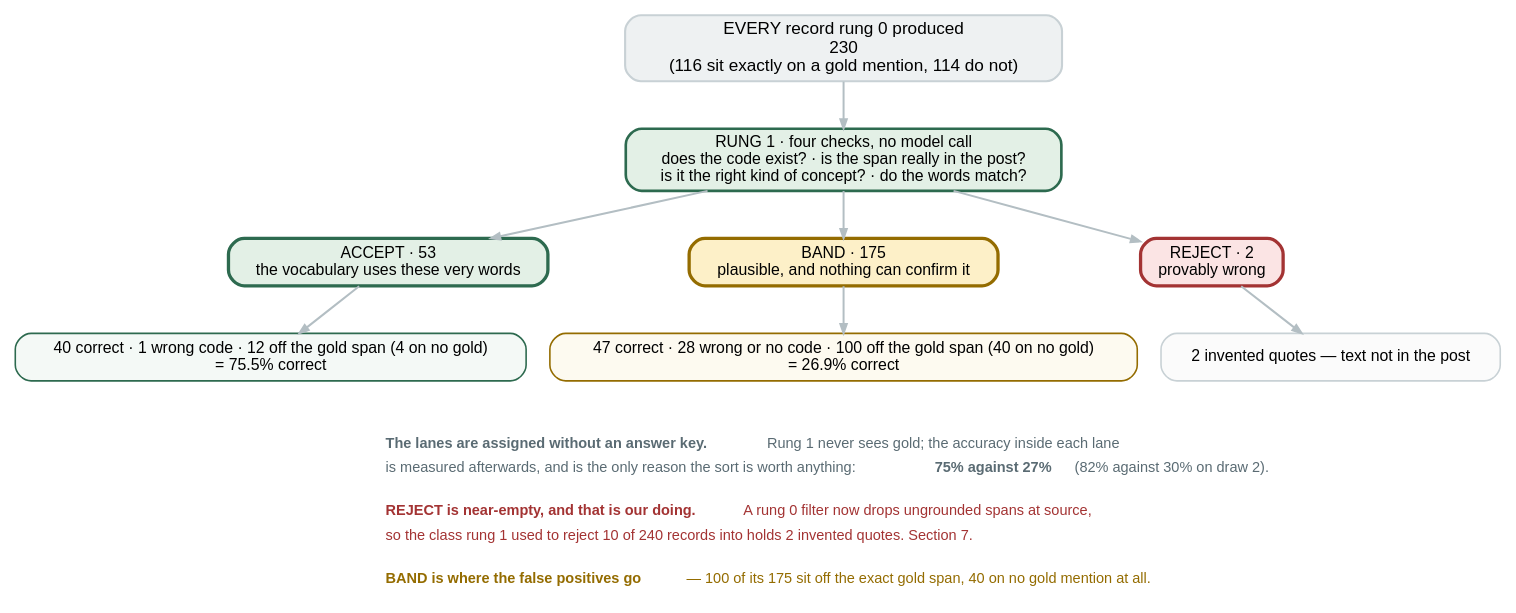
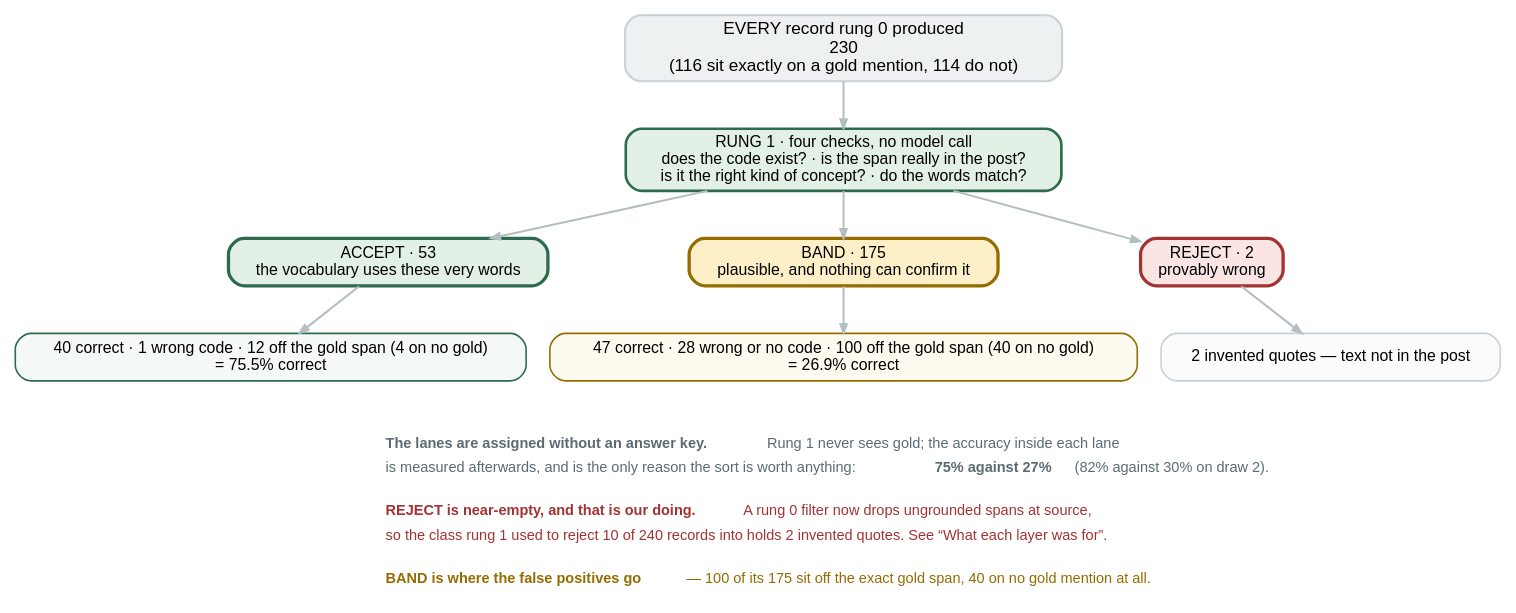
Before and after one commit to wbagais/reliability-ladder: the diagram in docs/figures/fig10-rung1.dot, drawn with Graphviz. The commit also changed 21 other files, not shown here.

```diff
--- a/docs/figures/fig10-rung1.dot
+++ b/docs/figures/fig10-rung1.dot
@@ -1,66 +1,66 @@
 // Rung 1 on CADEC dev, rerun-cadec-d0 (2026-09-03; draw 1 identical). Every record rung 0 emitted, sorted into three
 // lanes by deterministic checks alone — no model call, identical every run.
 //
 // WHAT ENTERS: everything. Rung 1 judges without routing, so it sees the false
 // positives too, not just the records that matched a gold mention.
 //
 // The correct / wrong / no-gold split inside each lane is scored afterwards
 // against gold; rung 1 itself never sees it. That is the whole point — the lane
 // is assigned from the vocabulary alone, and the accuracy inside it is what
 // makes the lane worth anything.
 //
 // Draw 2: ACCEPT 82.4%, BAND 30.4%, REJECT 3. Counts from out/rerun/cadec.json.
 //
 // THE REJECT NOTE IS A DEV-TO-DEV COMPARISON and must stay one. It read "5.1% of
 // records" until 2026-09-03; that is phaseF-test-1, the TEST split, and pairing
 // it with a dev figure made a before/after out of two different populations. The
 // matched pair is full-ladder-dev-1's 10 of 240 against audit-full-dev-1's 1 of
 // 248, both dev.
 //
 // COLOUR KEY — the article's zone colours, unchanged from fig1-wiring:
 //   green #2d6a4f ACCEPT   amber #946c00 BAND   red #a33333 REJECT
 digraph rung1 {
   rankdir=TB; bgcolor="white";
   node [shape=box style="filled,rounded" fontname="Helvetica" fontsize=12
         color="#c8d1d5" penwidth=1.2];
   edge [color="#b3bec3" penwidth=1.5 arrowsize=0.7 fontname="Helvetica" fontsize=10];
 
   in [label="EVERY record rung 0 produced\n230\n(116 sit exactly on a gold mention, 114 do not)"
       fillcolor="#eef1f2" fontsize=13 penwidth=1.6];
 
   chk [label="RUNG 1 · four checks, no model call\ndoes the code exist? · is the span really in the post?\nis it the right kind of concept? · do the words match?"
        fillcolor="#e3f0e6" color="#2d6a4f" penwidth=2];
 
   acc [label="ACCEPT · 53\nthe vocabulary uses these very words"
        fillcolor="#e3f0e6" color="#2d6a4f" penwidth=2.5];
   band[label="BAND · 175\nplausible, and nothing can confirm it"
        fillcolor="#fdf0c8" color="#946c00" penwidth=2.5];
   rej [label="REJECT · 2\nprovably wrong"
        fillcolor="#fbe4e4" color="#a33333" penwidth=2.5];
 
   accd [label="40 correct · 1 wrong code · 12 off the gold span (4 on no gold)\n= 75.5% correct"
         fillcolor="#f4f9f6" color="#2d6a4f"];
   bandd[label="47 correct · 28 wrong or no code · 100 off the gold span (40 on no gold)\n= 26.9% correct"
         fillcolor="#fdfaf0" color="#946c00"];
   rejd [label="2 invented quotes — text not in the post"
         fillcolor="#fbfbfb" color="#c8d1d5"];
 
   in -> chk;
   chk -> acc; chk -> band; chk -> rej;
   acc -> accd; band -> bandd; rej -> rejd;
 
   { rank=same; acc; band; rej }
   { rank=same; accd; bandd; rejd }
 
   note [shape=plaintext style="" fillcolor="white"
         label=<<TABLE BORDER="0" CELLBORDER="0" CELLSPACING="0" CELLPADDING="3">
         <TR><TD ALIGN="LEFT"><FONT POINT-SIZE="11" COLOR="#5a6b73"><B>The lanes are assigned without an answer key.</B> Rung 1 never sees gold; the accuracy inside each lane</FONT></TD></TR>
         <TR><TD ALIGN="LEFT"><FONT POINT-SIZE="11" COLOR="#5a6b73">is measured afterwards, and is the only reason the sort is worth anything: <B>75% against 27%</B> (82% against 30% on draw 2).</FONT></TD></TR>
         <TR><TD ALIGN="LEFT"><FONT POINT-SIZE="8"> </FONT></TD></TR>
         <TR><TD ALIGN="LEFT"><FONT POINT-SIZE="11" COLOR="#a33333"><B>REJECT is near-empty, and that is our doing.</B> A rung 0 filter now drops ungrounded spans at source,</FONT></TD></TR>
-        <TR><TD ALIGN="LEFT"><FONT POINT-SIZE="11" COLOR="#a33333">so the class rung 1 used to reject 10 of 240 records into holds 2 invented quotes. Section 7.</FONT></TD></TR>
+        <TR><TD ALIGN="LEFT"><FONT POINT-SIZE="11" COLOR="#a33333">so the class rung 1 used to reject 10 of 240 records into holds 2 invented quotes. See “What each layer was for”.</FONT></TD></TR>
         <TR><TD ALIGN="LEFT"><FONT POINT-SIZE="8"> </FONT></TD></TR>
         <TR><TD ALIGN="LEFT"><FONT POINT-SIZE="11" COLOR="#946c00"><B>BAND is where the false positives go</B> — 100 of its 175 sit off the exact gold span, 40 on no gold mention at all.</FONT></TD></TR>
         </TABLE>>];
   bandd -> note [style=invis];
 }
```
